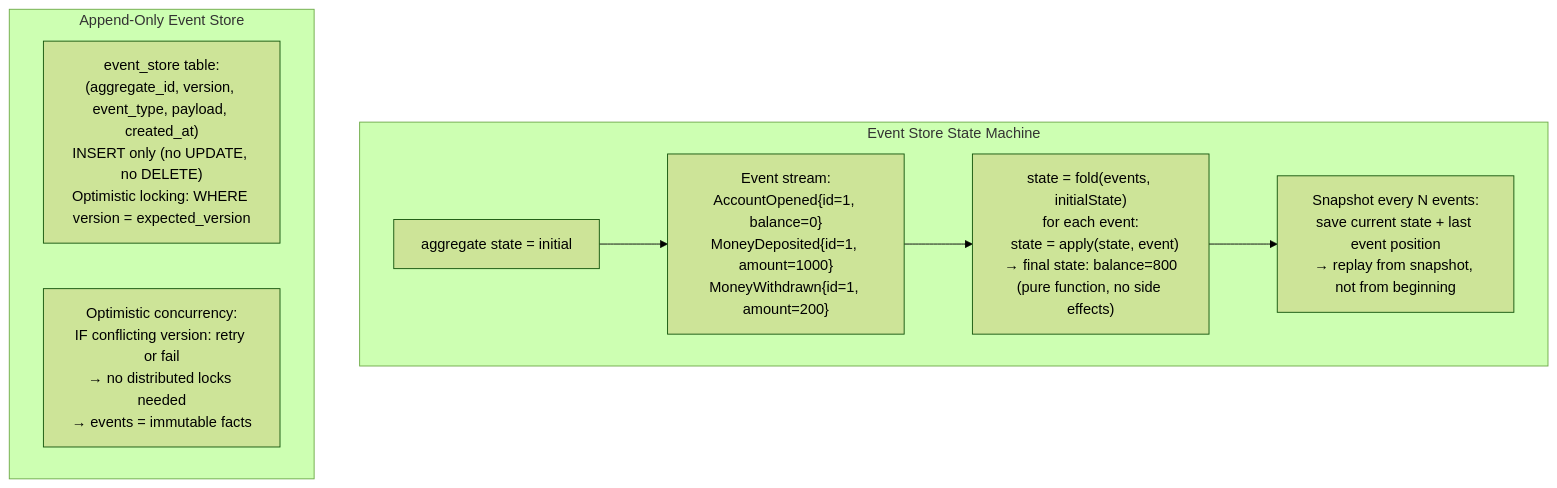
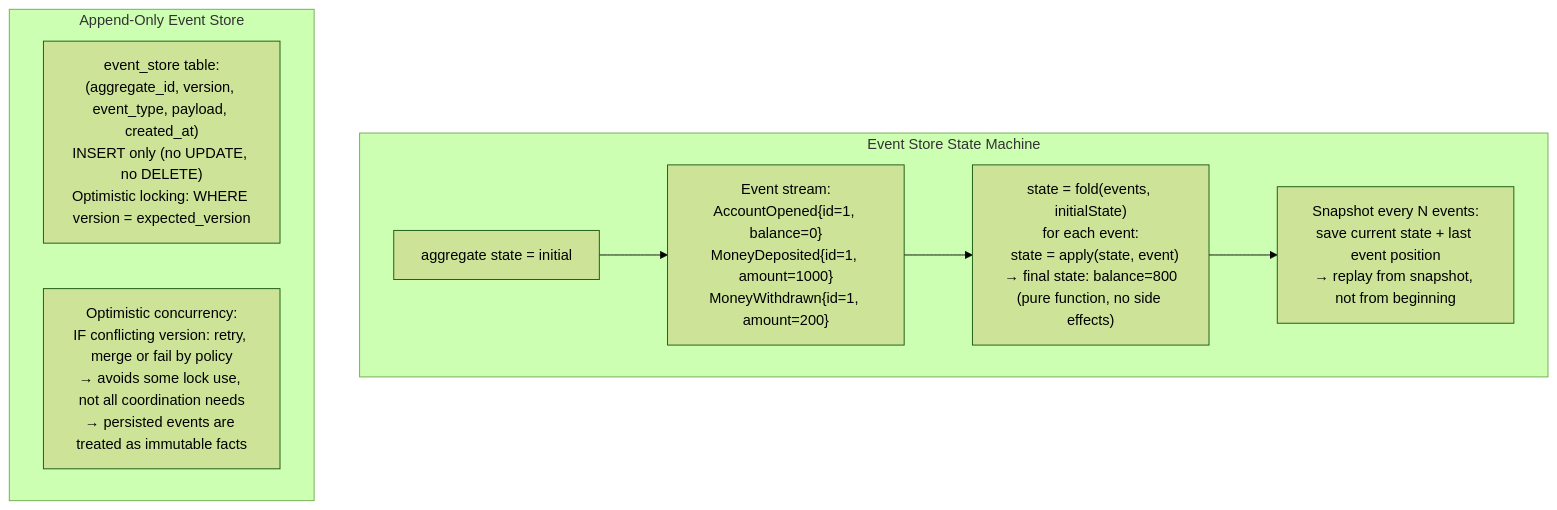
One commit to choisimo/document changed diagram 15 of 21 in content/docs/books/cs-reference/ko/software-engineering-internals.md. Above: the diagram before and after it, drawn with Mermaid (forest theme). The commit also changed other lines of this file and 504 other files, not shown here.

````diff
--- a/content/docs/books/cs-reference/ko/software-engineering-internals.md
+++ b/content/docs/books/cs-reference/ko/software-engineering-internals.md
@@ -298,15 +306,15 @@
 ```mermaid
 flowchart TD
     subgraph "Event Store State Machine"
         InitState["aggregate state = initial"]
         Events["Event stream:\nAccountOpened{id=1, balance=0}\nMoneyDeposited{id=1, amount=1000}\nMoneyWithdrawn{id=1, amount=200}"]
         Fold["state = fold(events, initialState)\nfor each event:\n  state = apply(state, event)\n→ final state: balance=800\n(pure function, no side effects)"]
         Snapshot["Snapshot every N events:\nsave current state + last event position\n→ replay from snapshot, not from beginning"]
     end
     InitState --> Events --> Fold --> Snapshot
 
     subgraph "Append-Only Event Store"
         WAL2["event_store table:\n(aggregate_id, version, event_type, payload, created_at)\nINSERT only (no UPDATE, no DELETE)\nOptimistic locking: WHERE version = expected_version"]
-        Concurrency["Optimistic concurrency:\nIF conflicting version: retry or fail\n→ no distributed locks needed\n→ events = immutable facts"]
+        Concurrency["Optimistic concurrency:\nIF conflicting version: retry, merge or fail by policy\n→ avoids some lock use, not all coordination needs\n→ persisted events are treated as immutable facts"]
     end
 ```
````
